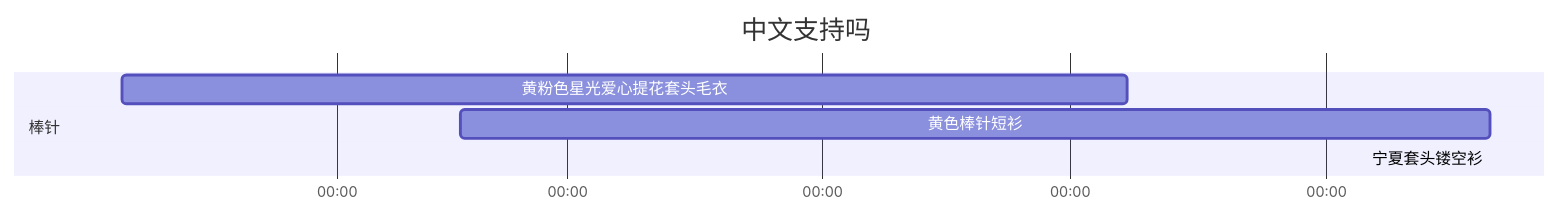
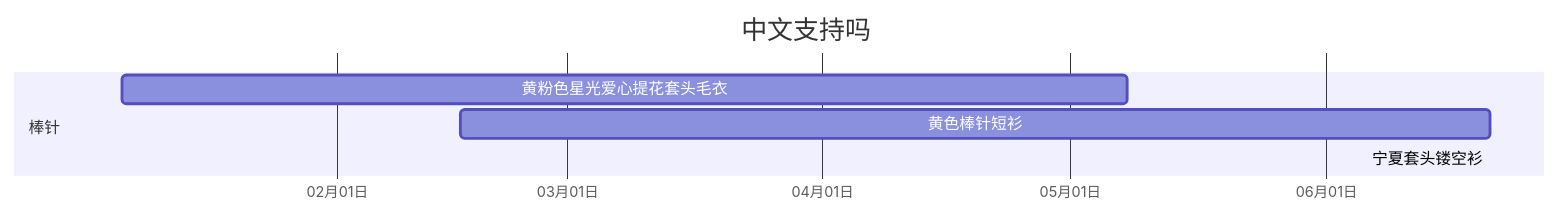
Before and after one commit to JiYouMCC/JiYouMCC.github.io: the diagram in _drafts/2022-1.md, drawn with Mermaid.

````diff
--- a/_drafts/2022-1.md
+++ b/_drafts/2022-1.md
@@ -1,10 +1,10 @@
 ```mermaid
 gantt
 title 中文支持吗
 dateFormat MM/DD
-axisFormat %H:%M
+axisFormat %m月%d日
 section 棒针
     黄粉色星光爱心提花套头毛衣   :2022-01-06, 122d
     黄色棒针短衫                :2022-02-16, 125d
     宁夏套头镂空衫              :2022-06-23
 ```
````
